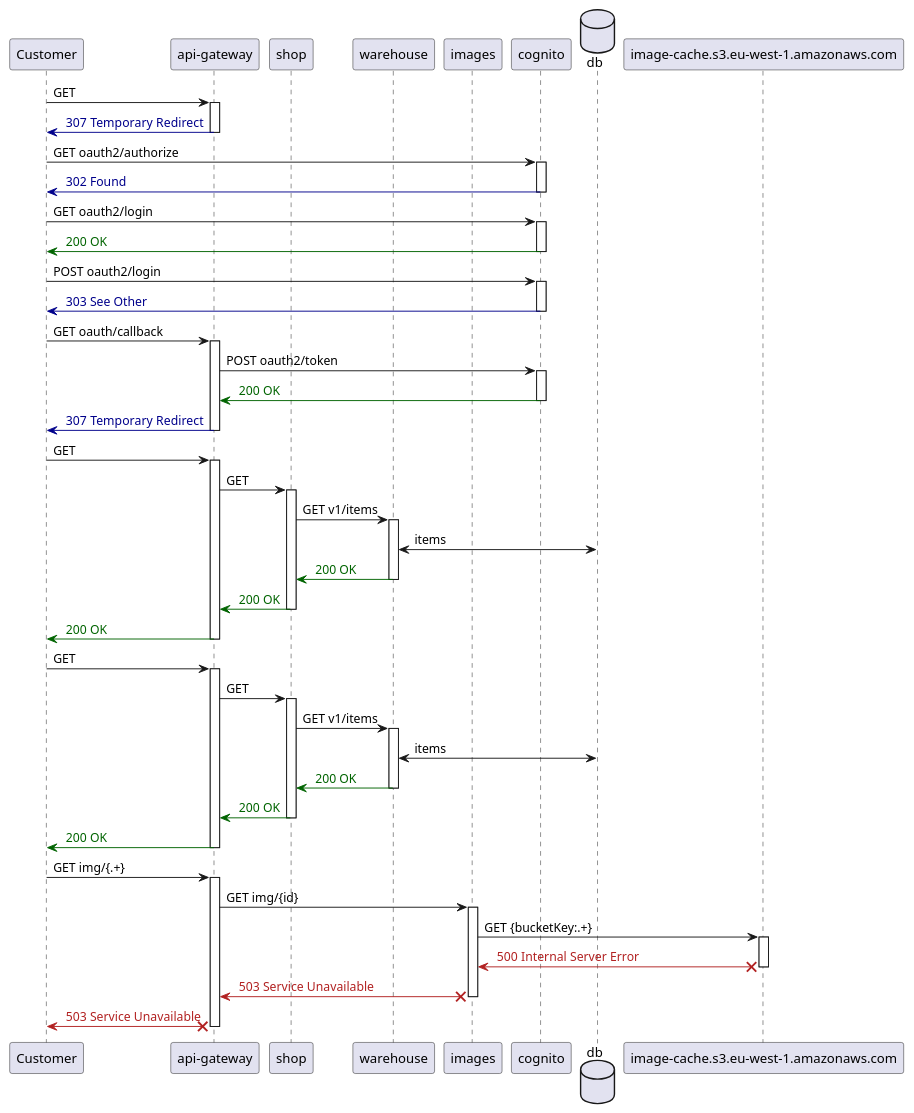
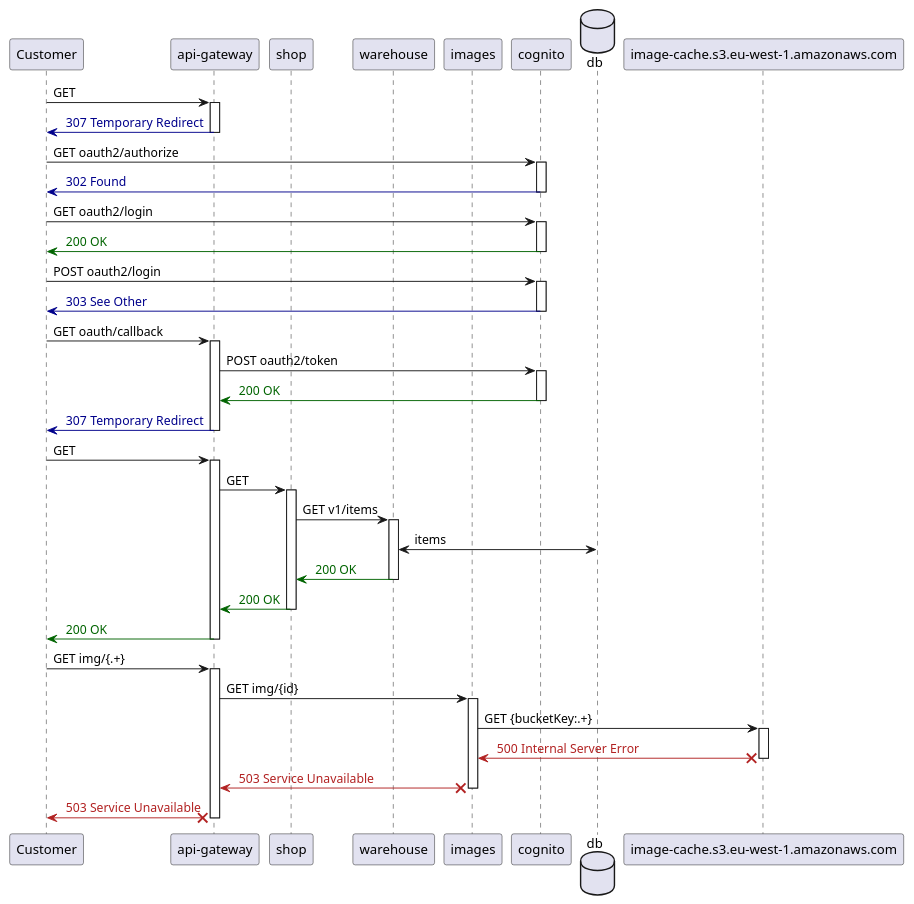
One commit to http4k/exploring-the-testing-hyperpyramid changed the diagram in .presentation/.generated/FailingTest - can load stock list and order item - Sequence.puml. Above: the diagram before and after it, drawn with PlantUML. The commit also changed 2 other files, not shown here.

```diff
--- a/.presentation/.generated/FailingTest - can load stock list and order item - Sequence.puml
+++ b/.presentation/.generated/FailingTest - can load stock list and order item - Sequence.puml
@@ -1,78 +1,65 @@
 @startuml
     participant "Customer"
 participant "api-gateway"
 participant "shop"
 participant "warehouse"
 participant "images"
 participant "cognito"
 database "db"
 participant "image-cache.s3.eu-west-1.amazonaws.com"
 "Customer" -> "api-gateway": GET
 activate "api-gateway"
 
 "api-gateway" -[#DarkBlue]> "Customer": <color:DarkBlue> 307 Temporary Redirect
 deactivate "api-gateway"
 "Customer" -> "cognito": GET oauth2/authorize
 activate "cognito"
 
 "cognito" -[#DarkBlue]> "Customer": <color:DarkBlue> 302 Found
 deactivate "cognito"
 "Customer" -> "cognito": GET oauth2/login
 activate "cognito"
 
 "cognito" -[#DarkGreen]> "Customer": <color:DarkGreen> 200 OK
 deactivate "cognito"
 "Customer" -> "cognito": POST oauth2/login
 activate "cognito"
 
 "cognito" -[#DarkBlue]> "Customer": <color:DarkBlue> 303 See Other
 deactivate "cognito"
 "Customer" -> "api-gateway": GET oauth/callback
 activate "api-gateway"
 "api-gateway" -> "cognito": POST oauth2/token
 activate "cognito"
 
 "cognito" -[#DarkGreen]> "api-gateway": <color:DarkGreen> 200 OK
 deactivate "cognito"
 "api-gateway" -[#DarkBlue]> "Customer": <color:DarkBlue> 307 Temporary Redirect
 deactivate "api-gateway"
 "Customer" -> "api-gateway": GET
 activate "api-gateway"
 "api-gateway" -> "shop": GET
 activate "shop"
 "shop" -> "warehouse": GET v1/items
 activate "warehouse"
 "warehouse" <-> "db": items
 "warehouse" -[#DarkGreen]> "shop": <color:DarkGreen> 200 OK
 deactivate "warehouse"
 "shop" -[#DarkGreen]> "api-gateway": <color:DarkGreen> 200 OK
 deactivate "shop"
 "api-gateway" -[#DarkGreen]> "Customer": <color:DarkGreen> 200 OK
 deactivate "api-gateway"
-"Customer" -> "api-gateway": GET
-activate "api-gateway"
-"api-gateway" -> "shop": GET
-activate "shop"
-"shop" -> "warehouse": GET v1/items
-activate "warehouse"
-"warehouse" <-> "db": items
-"warehouse" -[#DarkGreen]> "shop": <color:DarkGreen> 200 OK
-deactivate "warehouse"
-"shop" -[#DarkGreen]> "api-gateway": <color:DarkGreen> 200 OK
-deactivate "shop"
-"api-gateway" -[#DarkGreen]> "Customer": <color:DarkGreen> 200 OK
-deactivate "api-gateway"
 "Customer" -> "api-gateway": GET img/{.+}
 activate "api-gateway"
 "api-gateway" -> "images": GET img/{id}
 activate "images"
 "images" -> "image-cache.s3.eu-west-1.amazonaws.com": GET {bucketKey:.+}
 activate "image-cache.s3.eu-west-1.amazonaws.com"
 
 "image-cache.s3.eu-west-1.amazonaws.com" X-[#FireBrick]> "images": <color:FireBrick> 500 Internal Server Error
 deactivate "image-cache.s3.eu-west-1.amazonaws.com"
 "images" X-[#FireBrick]> "api-gateway": <color:FireBrick> 503 Service Unavailable
 deactivate "images"
 "api-gateway" X-[#FireBrick]> "Customer": <color:FireBrick> 503 Service Unavailable
 deactivate "api-gateway"
 @enduml
```
